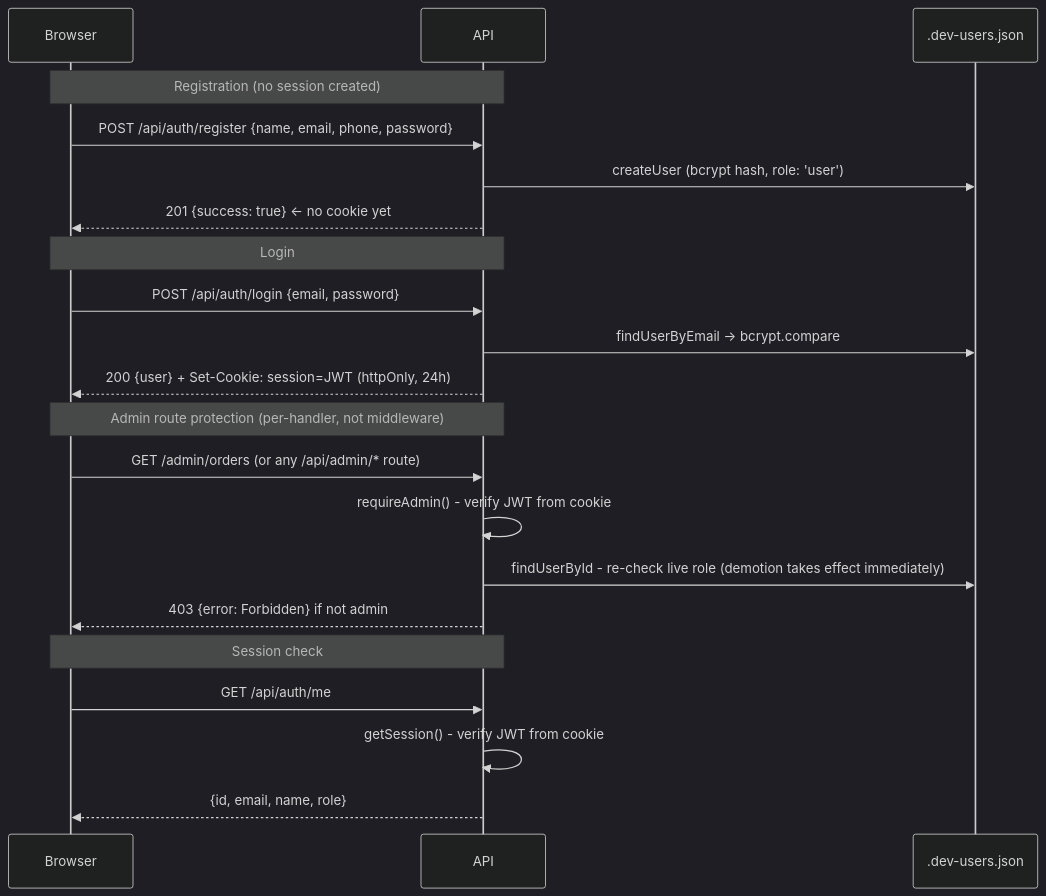
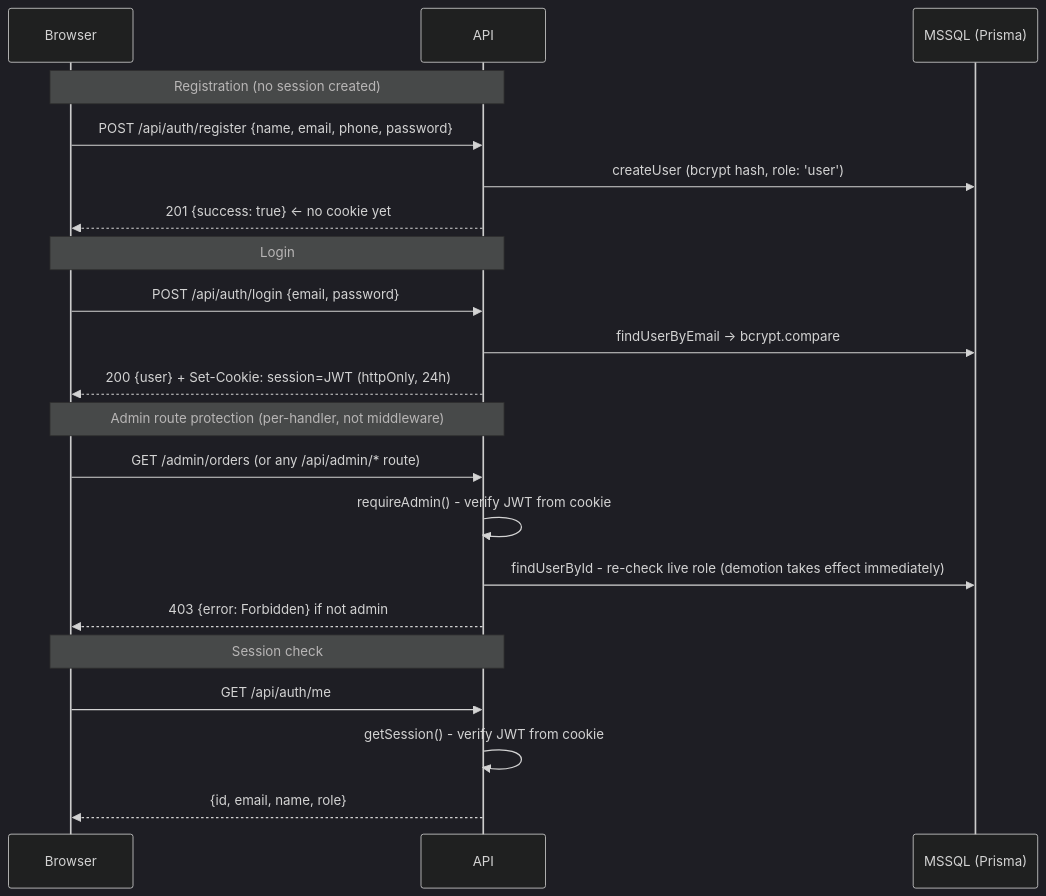
Before and after one commit to Mohammad-AlBaker-Zaytoun/jilber_car_tune_store: the fourth of 7 diagrams in README.md, drawn with Mermaid (dark theme). The commit also changed other lines of this file and 63 other files, not shown here.

First line of the commit message:
feat: migrate data layer from JSON file stores to MSSQL via Prisma

````diff
--- a/README.md
+++ b/README.md
@@ -216,27 +217,27 @@
 ```mermaid
 sequenceDiagram
     participant Browser
     participant API
-    participant FileStore as .dev-users.json
+    participant DB as MSSQL (Prisma)
 
     Note over Browser,API: Registration (no session created)
     Browser->>API: POST /api/auth/register {name, email, phone, password}
-    API->>FileStore: createUser (bcrypt hash, role: 'user')
+    API->>DB: createUser (bcrypt hash, role: 'user')
     API-->>Browser: 201 {success: true}  ← no cookie yet
 
     Note over Browser,API: Login
     Browser->>API: POST /api/auth/login {email, password}
-    API->>FileStore: findUserByEmail → bcrypt.compare
+    API->>DB: findUserByEmail → bcrypt.compare
     API-->>Browser: 200 {user} + Set-Cookie: session=JWT (httpOnly, 24h)
 
     Note over Browser,API: Admin route protection (per-handler, not middleware)
     Browser->>API: GET /admin/orders  (or any /api/admin/* route)
     API->>API: requireAdmin() - verify JWT from cookie
-    API->>FileStore: findUserById - re-check live role (demotion takes effect immediately)
+    API->>DB: findUserById - re-check live role (demotion takes effect immediately)
     API-->>Browser: 403 {error: Forbidden} if not admin
 
     Note over Browser,API: Session check
     Browser->>API: GET /api/auth/me
     API->>API: getSession() - verify JWT from cookie
     API-->>Browser: {id, email, name, role}
 ```
````
